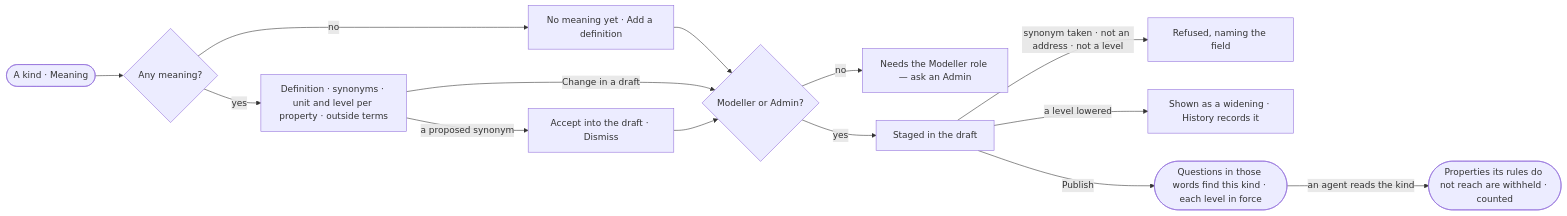
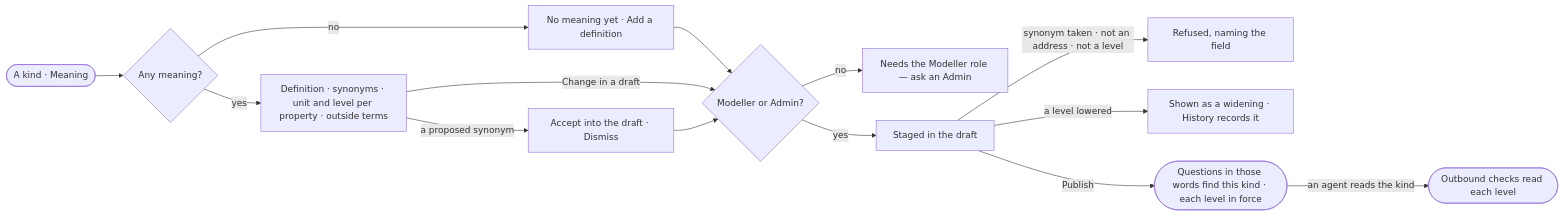
One commit to invana/invana changed the diagram in specs/capabilities/semantics/features/SE-F03-meaning/stories/SE-20-say-what-a-kind-means/story.md. Above: the diagram before and after it, drawn with Mermaid. The commit also changed other lines of this file and 69 other files, not shown here.

````diff
--- a/specs/capabilities/semantics/features/SE-F03-meaning/stories/SE-20-say-what-a-kind-means/story.md
+++ b/specs/capabilities/semantics/features/SE-F03-meaning/stories/SE-20-say-what-a-kind-means/story.md
@@ -29,15 +29,15 @@
 ```mermaid
 flowchart LR
   a([A kind · Meaning]) --> m{Any meaning?}
   m -->|no| e["No meaning yet · Add a definition"]
   m -->|yes| r["Definition · synonyms · unit and level per property · outside terms"]
   r -->|Change in a draft| c{Modeller or Admin?}
   e --> c
   c -->|no| na["Needs the Modeller role — ask an Admin"]
   c -->|yes| s["Staged in the draft"]
   s -->|synonym taken · not an address · not a level| x["Refused, naming the field"]
   s -->|a level lowered| w["Shown as a widening · History records it"]
   s -->|Publish| p(["Questions in those words find this kind · each level in force"])
   r -->|a proposed synonym| pr["Accept into the draft · Dismiss"] --> c
-  p -->|an agent reads the kind| rd(["Properties its rules do not reach are withheld · counted"])
+  p -->|an agent reads the kind| rd(["Outbound checks read each level"])
 ```
````
